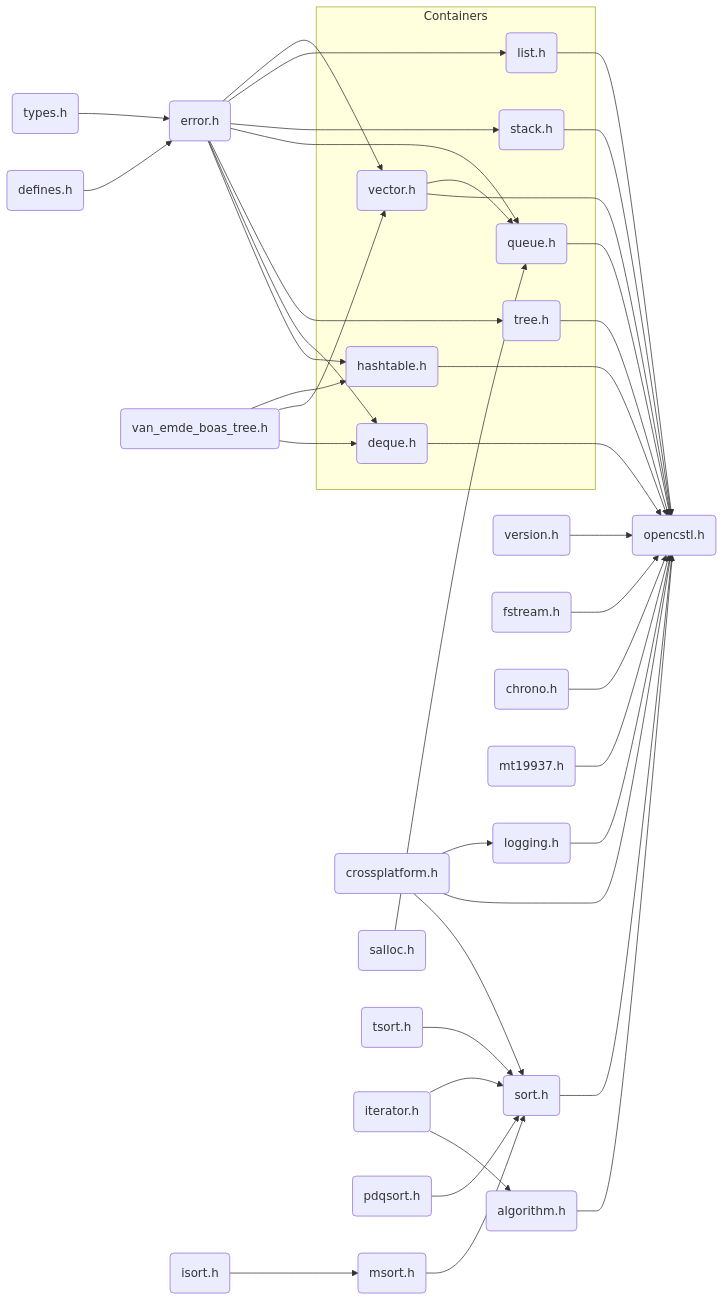
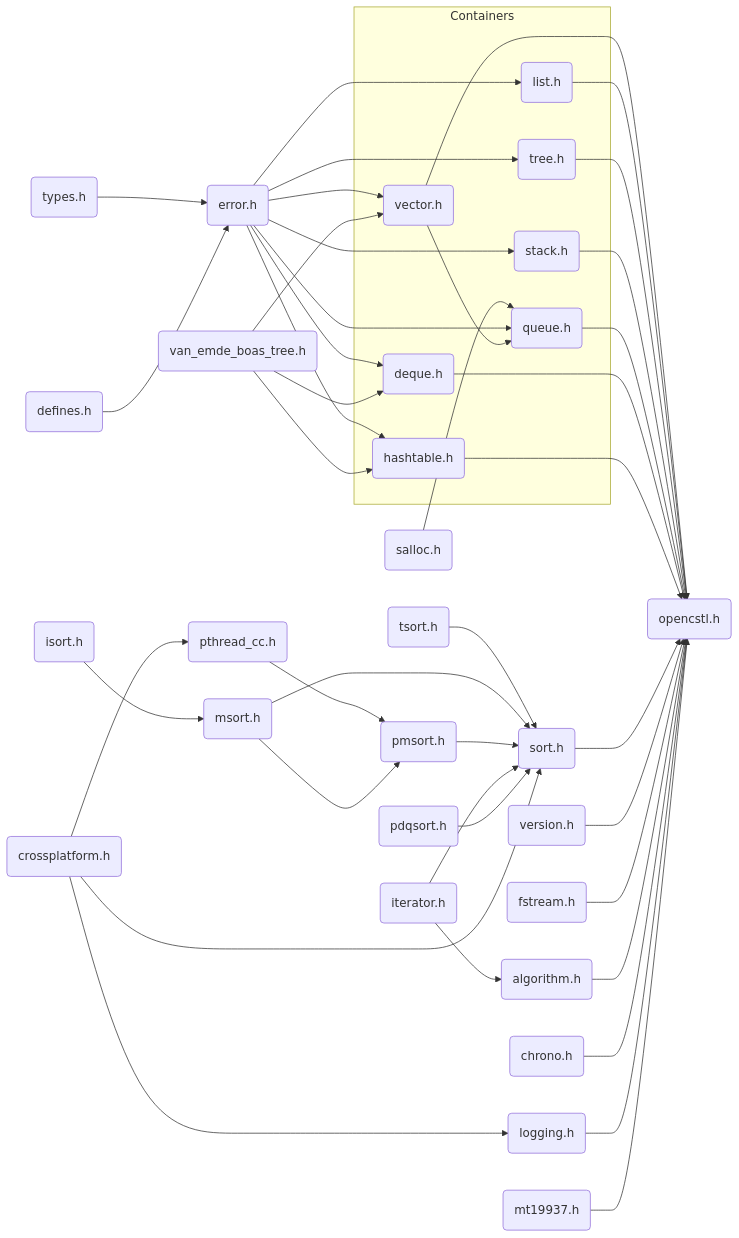
The diagram in README.md (springkim/OpenCSTL), drawn with Mermaid before and after one commit. The commit also changed 14 other files, not shown here.

````diff
--- a/README.md
+++ b/README.md
@@ -165,52 +165,55 @@
 ```mermaid
 
   flowchart LR
       T(types.h) --> E(error.h)
       D(defines.h) --> E(error.h)
       C(crossplatform.h) --> L(logging.h)
+      C(crossplatform.h) --> PTHREADCC(pthread_cc.h)
       E(error.h) --> V(vector.h)
       E(error.h) --> LST(list.h)
       E(error.h) --> S(stack.h)
       SALLOC(salloc.h) --> Q(queue.h)
       E(error.h) --> Q(queue.h)
       V(vector.h) --> Q(queue.h)
       E(error.h) --> TREE(tree.h)
       E(error.h) --> DQ(deque.h)
       E(error.h) --> H(hashtable.h)
       VEBT(van_emde_boas_tree.h) --> H(hashtable.h)
       VEBT(van_emde_boas_tree.h) --> V(vector.h)
       VEBT(van_emde_boas_tree.h) --> DQ(deque.h)
 
       subgraph CONTAINERS[Containers]
           V(vector.h)
           LST(list.h)
           S(stack.h)
           Q(queue.h)
           TREE(tree.h)
           DQ(deque.h)
           H(hashtable.h)
       end
 
-      C(crossplatform.h) --> OCSTL(opencstl.h)
       V(vector.h) --> OCSTL(opencstl.h)
       LST(list.h) --> OCSTL(opencstl.h)
       TREE(tree.h) --> OCSTL(opencstl.h)
       S(stack.h) --> OCSTL(opencstl.h)
       Q(queue.h) --> OCSTL(opencstl.h)
       DQ(deque.h) --> OCSTL(opencstl.h)
       H(hashtable.h) --> OCSTL(opencstl.h)
       ISORT(isort.h) --> MSORT(msort.h)
       TSORT(tsort.h) --> SORT(sort.h)
       MSORT(msort.h) --> SORT(sort.h)
+      PTHREADCC(pthread_cc.h) --> PMSORT(pmsort.h)
+      MSORT(msort.h) --> PMSORT(pmsort.h)
+      PMSORT(pmsort.h) --> SORT(sort.h)
       ITER(iterator.h) --> SORT(sort.h)
       ITER(iterator.h) --> ALGO(algorithm.h)
       PDQSORT(pdqsort.h) --> SORT(sort.h)
       C(crossplatform.h) --> SORT(sort.h)
       SORT(sort.h) --> OCSTL(opencstl.h)
       VER(version.h) --> OCSTL(opencstl.h)
       FS(fstream.h) --> OCSTL(opencstl.h)
       ALGO(algorithm.h) --> OCSTL(opencstl.h)
       WATCH(chrono.h) --> OCSTL(opencstl.h)
       L(logging.h) --> OCSTL(opencstl.h)
       MT(mt19937.h) --> OCSTL(opencstl.h)
 ```
````
